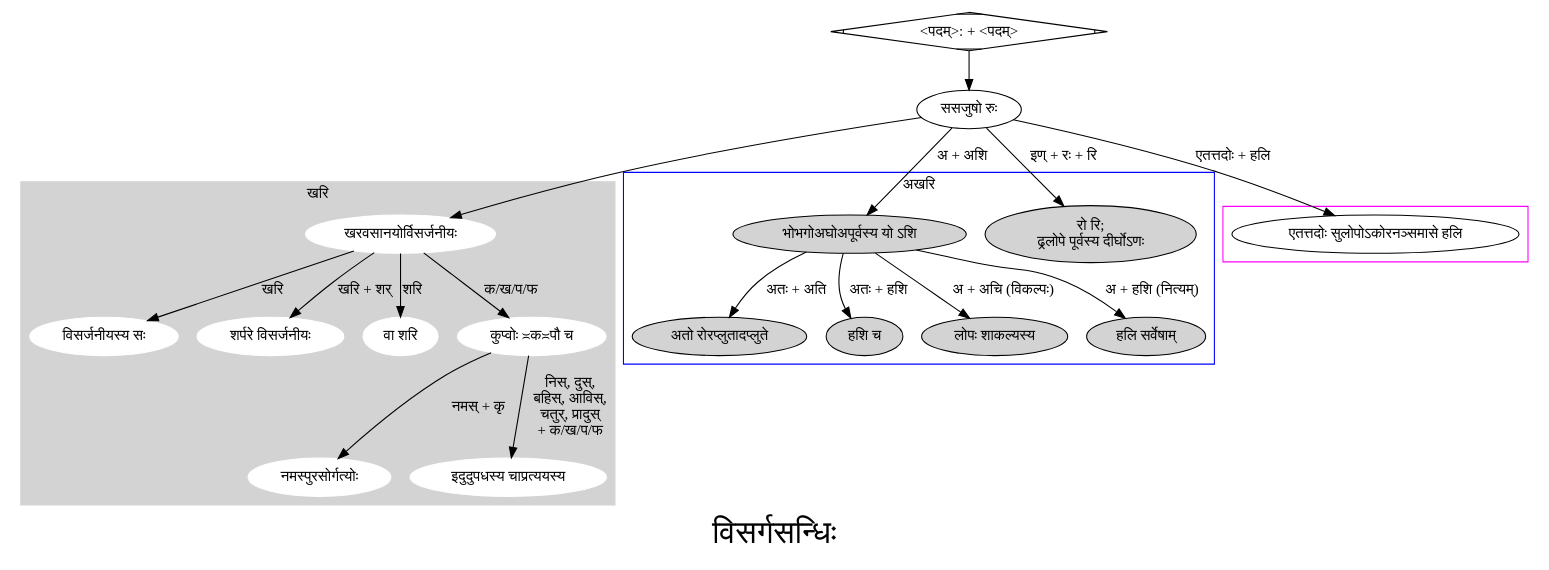
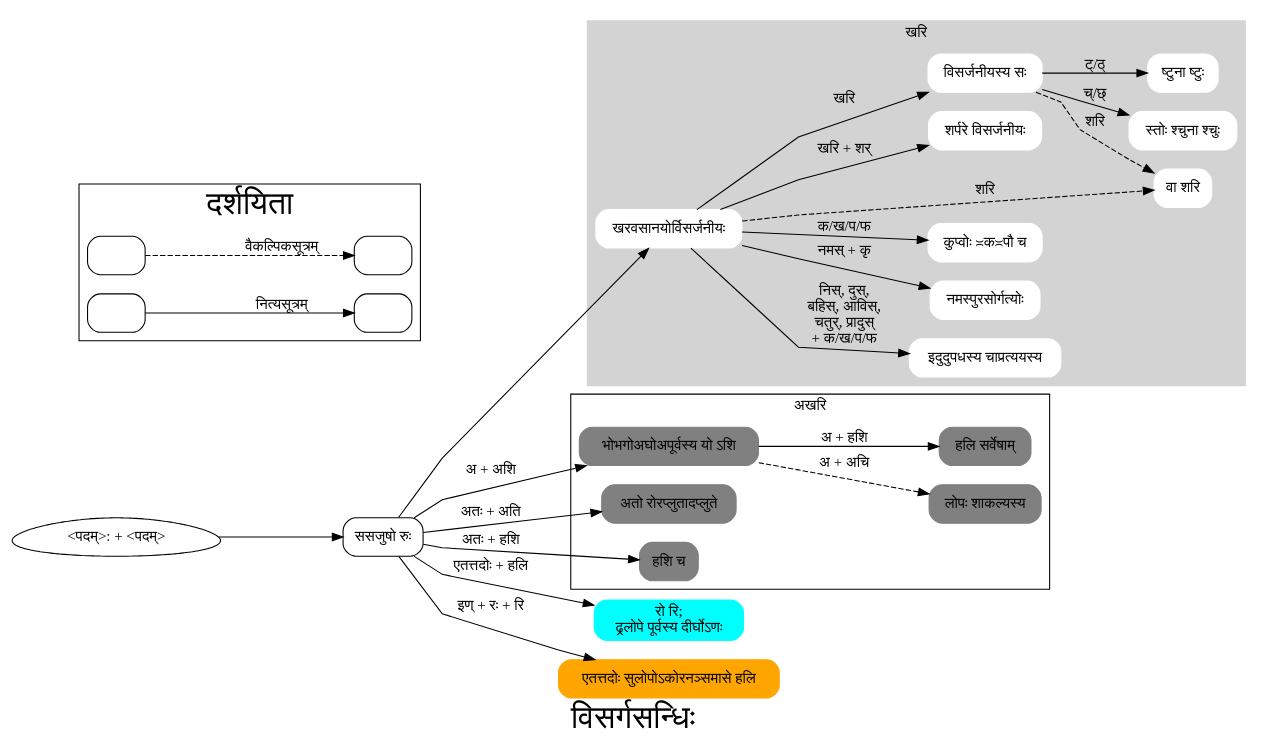
Before and after one commit to ckayr/aShTAdhyAyI: the diagram in graphviz/visarga.dot, drawn with Graphviz. The commit also changed 3 other files, not shown here.

```diff
--- a/graphviz/visarga.dot
+++ b/graphviz/visarga.dot
@@ -1,58 +1,70 @@
 digraph G {
-        label = "विसर्गसन्धिः";
-	fontsize = 30.0;
+        label="विसर्गसन्धिः";
+        node [shape=box, style=rounded];
+	fontsize=30.0;
+	rankdir=LR;
+	splines=polyline;
 	subgraph cluster_0 {
+		label="खरि";
    	        fontsize = 14.0;
 		style=filled;
 		color=lightgrey;
-		node [style=filled,color=white];
-        	a0 [label = "खरवसानयोर्विसर्जनीयः"];
-		a1 [label = "विसर्जनीयस्य सः"];
-		a2 [label = "शर्परे विसर्जनीयः"];
-		a3 [label = "वा शरि"];
-		a4 [label = "कुप्वोः ≍क≍पौ च"];
-		a5 [label = "नमस्पुरसोर्गत्योः"];
-		a6 [label = "इदुदुपधस्य चाप्रत्ययस्य"];
-		a0 -> a1 [label = "खरि"];
-		a0 -> a2 [label = "खरि + शर्"];
-		a0 -> a3 [label = "शरि"];
-		a0 -> a4 [label = "क/ख/प/फ"];
-		a4 -> a5 [label = "नमस् + कृ"];
-		a4 -> a6 [label = "निस्, दुस्,\n बहिस्, आविस्,\n चतुर्, प्रादुस्\n + क/ख/प/फ"];
-		label = "खरि";
+		node [style="filled,rounded", color=white];
+        	a0 [label="खरवसानयोर्विसर्जनीयः"];
+		a6 [label="इदुदुपधस्य चाप्रत्ययस्य"];
+		a5 [label="नमस्पुरसोर्गत्योः"];
+		a4 [label="कुप्वोः ≍क≍पौ च"];
+		a3 [label="वा शरि"];
+		a2 [label="शर्परे विसर्जनीयः"];
+		a1 [label="विसर्जनीयस्य सः"];
+		a7 [label="स्तोः श्चुना श्चुः"];
+		a8 [label="ष्टुना ष्टुः"];
+		a0 -> a1 [label="खरि"];
+		a0 -> a2 [label="खरि + शर्"];
+		a0 -> a3 [label="शरि", style=dashed];
+		a0 -> a4 [label="क/ख/प/फ"];
+		a0 -> a5 [label="नमस् + कृ"];
+		a0 -> a6 [label="निस्, दुस्,\n बहिस्, आविस्,\n चतुर्, प्रादुस्\n + क/ख/प/फ"];
+		a1 -> a3 [label="शरि", style=dashed];
+		a1 -> a7 [label="च्/छ्"];
+		a1 -> a8 [label="ट्/ठ्"];
 	}
 
 	subgraph cluster_1 {
+		label="अखरि";
    	        fontsize = 14.0;
-		node [style=filled];
-		b0 [label = "भोभगोअघोअपूर्वस्य यो ऽशि"];
-		b1 [label = "अतो रोरप्लुतादप्लुते"];
-		b2 [label = "हशि च"];
-		b3 [label = "लोपः शाकल्यस्य"];
-		b4 [label = "हलि सर्वेषाम्"];
-		b5 [label = "रो रि;\n ढ्रलोपे पूर्वस्य दीर्घोऽणः"];
-		b0 -> b1 [label = "अतः + अति"];
-		b0 -> b2 [label = "अतः + हशि"];
-		b0 -> b3 [label = "अ + अचि (विकल्पः)"];
-		b0 -> b4 [label = "अ + हशि (नित्यम्)"];
-		label = "अखरि";
-		color=blue;
+		node [style="filled,rounded", color=grey];
+		b0 [label="भोभगोअघोअपूर्वस्य यो ऽशि"];
+		b1 [label="अतो रोरप्लुतादप्लुते"];
+		b2 [label="हशि च"];
+		b3 [label="लोपः शाकल्यस्य"];
+		b4 [label="हलि सर्वेषाम्"];
+		b0 -> b3 [label="अ + अचि"; style=dashed];
+		b0 -> b4 [label="अ + हशि"];
 	}
 
-	subgraph cluster_2 {
-   	        fontsize = 14.0;
-	        color = magenta;
-		c0 [label = "एतत्तदोः सुलोपोऽकोरनञ्समासे हलि"];
-		label = "";
-	}
+        c0 [label="रो रि;\n ढ्रलोपे पूर्वस्य दीर्घोऽणः", color=cyan, style="filled,rounded"];
+        d0 [label="एतत्तदोः सुलोपोऽकोरनञ्समासे हलि", color=orange, style="filled,rounded"];
 
-        start0 [label = "<पदम्>: + <पदम्>"];
-	start1 [label = "ससजुषो रुः"];
+        start0 [label="<पदम्>: + <पदम्>"];
+	start1 [label="ससजुषो रुः"];
 	start0 -> start1;
 	start1 -> a0;
-	start1 -> b0 [label = "अ + अशि"];
-	start1 -> b5 [label = "इण्‌ + रः + रि "];
-	start1 -> c0 [label = "एतत्तदोः + हलि"];
+	start1 -> b0 [label="अ + अशि"];
+	start1 -> b1 [label="अतः + अति"];
+	start1 -> b2 [label="अतः + हशि"];
+	start1 -> c0 [label="एतत्तदोः + हलि"];
+	start1 -> d0 [label="इण्‌ + रः + रि "];
 
-	start0 [shape=Mdiamond];
+	start0 [shape=egg];
+
+	subgraph cluster_leg {
+	        label="दर्शयिता";
+	        legend1 [label=""];
+	        legend2 [label=""];
+	        legend3 [label=""];
+	        legend4 [label=""];
+                legend1 -> legend2 [label="वैकल्पिकसूत्रम्", style=dashed];
+	        legend3 -> legend4 [label="नित्यसूत्रम्"];
+	}
 }
```
